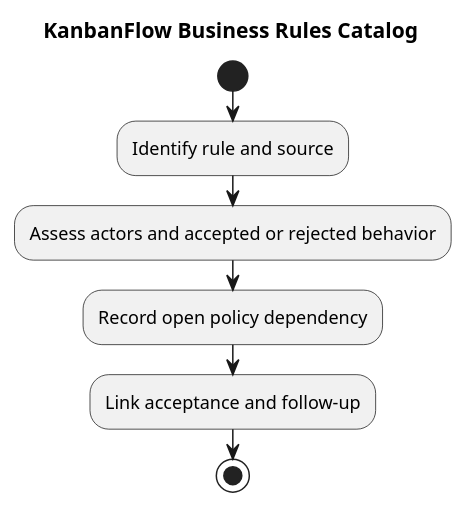
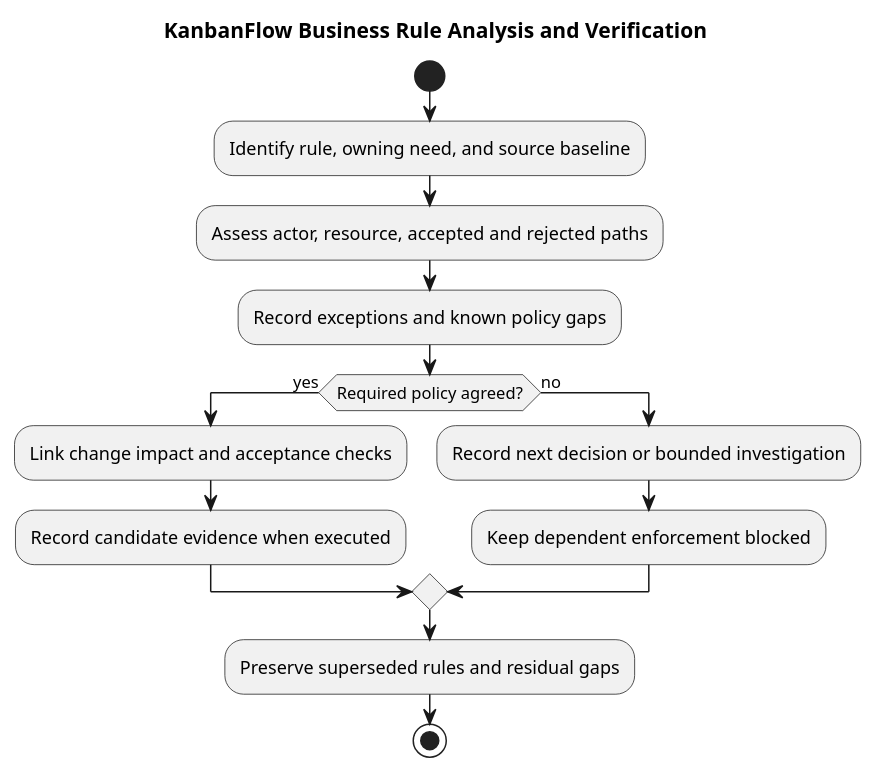
Before and after one commit to Farhad-Valizadegan/Web-KanbanFlow: the diagram in docs/SDLC/03-analysis/business-rules-catalog.md, drawn with PlantUML. The commit also changed other lines of this file and 2 other files, not shown here.

Commit message:
docs: complete business rules catalog and source evidence

````diff
--- a/docs/SDLC/03-analysis/business-rules-catalog.md
+++ b/docs/SDLC/03-analysis/business-rules-catalog.md
@@ -43,11 +127,18 @@
 ```plantuml
 @startuml
-title KanbanFlow Business Rules Catalog
+title KanbanFlow Business Rule Analysis and Verification
 start
-:Identify rule and source;
-:Assess actors and accepted or rejected behavior;
-:Record open policy dependency;
-:Link acceptance and follow-up;
+:Identify rule, owning need, and source baseline;
+:Assess actor, resource, accepted and rejected paths;
+:Record exceptions and known policy gaps;
+if (Required policy agreed?) then (yes)
+ :Link change impact and acceptance checks;
+ :Record candidate evidence when executed;
+else (no)
+ :Record next decision or bounded investigation;
+ :Keep dependent enforcement blocked;
+endif
+:Preserve superseded rules and residual gaps;
 stop
 @enduml
 ```
````
